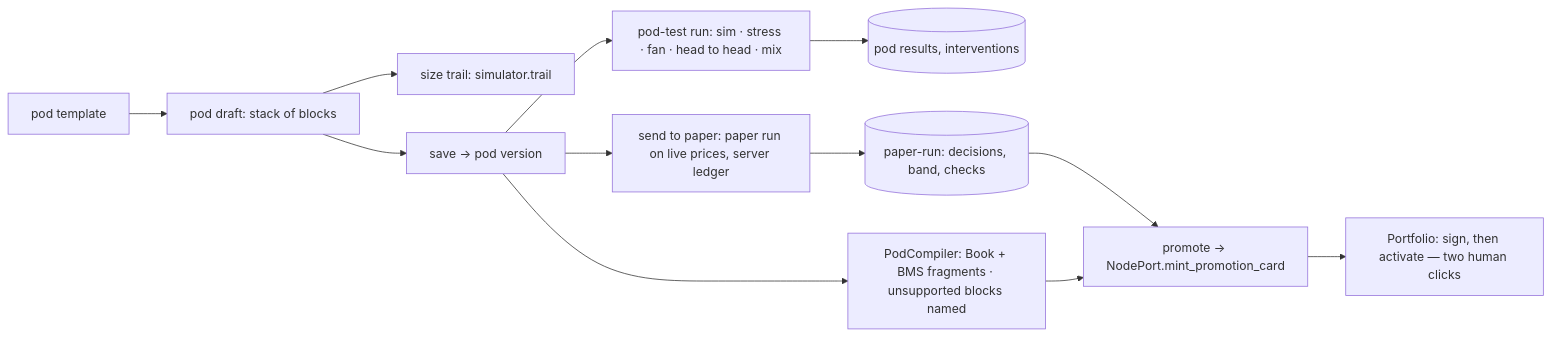
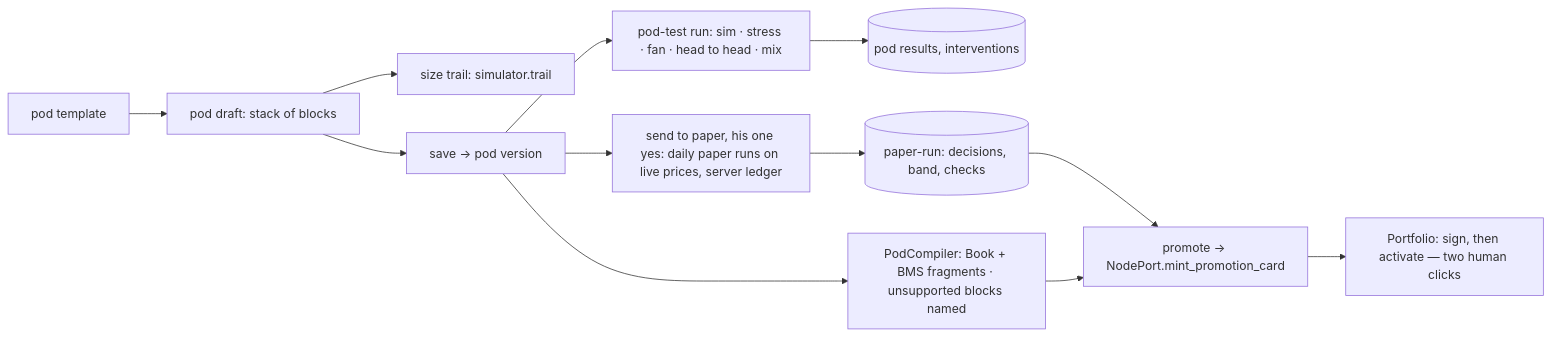
One commit to mubarakhimself-byte/QMX changed the fourth of 5 diagrams in tracker/qma-v2/architecture/lab-and-pods/HLD.md. Above: the diagram before and after it, drawn with Mermaid. The commit also changed other lines of this file and 162 other files, not shown here.

Commit message:
QMA v2 engine program: ENGINE-PLAN + PROMPT-ENGINE (20 PRs, check-plan 0), architectures amended via 27b/27c/27d, Wayfinder rewrite, drafts archived, rulings 1-88

````diff
--- a/tracker/qma-v2/architecture/lab-and-pods/HLD.md
+++ b/tracker/qma-v2/architecture/lab-and-pods/HLD.md
@@ -120,14 +120,14 @@
 ```mermaid
 flowchart LR
   TPLT[pod template] --> PD[pod draft: stack of blocks]
   PD --> TRL[size trail: simulator.trail]
   PD --> SV[save → pod version]
   SV --> PT[pod-test run: sim · stress · fan · head to head · mix]
   PT --> PR[(pod results, interventions)]
-  SV --> PP[send to paper: paper run on live prices, server ledger]
+  SV --> PP[send to paper, his one yes: daily paper runs on live prices, server ledger]
   PP --> DEC[(paper-run: decisions, band, checks)]
   DEC --> CARD[promote → NodePort.mint_promotion_card]
   CARD --> PF[Portfolio: sign, then activate — two human clicks]
   SV --> COMP[PodCompiler: Book + BMS fragments · unsupported blocks named]
   COMP --> CARD
 ```
````
